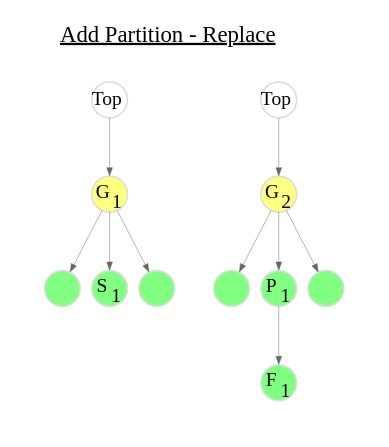
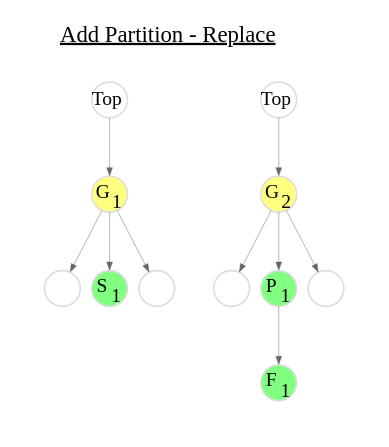
The diagram in 2_add_partition_replace.gv (flatcap/dparted), drawn with Graphviz before and after one commit. The commit also changed 4 other files, not shown here.

```diff
--- a/2_add_partition_replace.gv
+++ b/2_add_partition_replace.gv
@@ -1,64 +1,64 @@
 digraph add_partition_replace {
 	graph [
 		rankdir="TB"
 		bgcolor="white"
 		color="white"
 		nodesep="0.1"
 		ranksep="0.5"
 		labelloc="t"
 		label=<<U>Add Partition - Replace</U>>
 	];
 
 	node [
 		fontsize="12"
 		style="solid"
 		width="0.3"
 		height="0.3"
 		fixedsize="true"
 		penwidth="1.0"
 		color="#DDDDDD"
 	];
 
 	edge [
 		penwidth="0.3"
 		color="#666666"
 		arrowsize="0.5"
 	];
 
 
 	subgraph cluster1 {
 		color=transparent;
 		labelloc="t"
 		label=""
 
 		a_Top [ label=<Top>                                              ];
 		a_G1  [ label=<G<SUB>1</SUB>> style="filled" fillcolor="#ffff80" ];
-		a_X1  [ label=<>              style="filled" fillcolor="#80ff80" ];
+		a_X1  [ label=<>                                                 ];
 		a_S1  [ label=<S<SUB>1</SUB>> style="filled" fillcolor="#80ff80" ];
-		a_X2  [ label=<>              style="filled" fillcolor="#80ff80" ];
+		a_X2  [ label=<>                                                 ];
 
 		a_Top -> a_G1;
 		a_G1 -> a_X1;
 		a_G1 -> a_S1;
 		a_G1 -> a_X2;
 	}
 
 	subgraph cluster2 {
 		color=transparent;
 		labelloc="t"
 		label=""
 
 		b_Top [ label=<Top>                                              ];
 		b_G2  [ label=<G<SUB>2</SUB>> style="filled" fillcolor="#ffff80" ];
-		b_X1  [ label=<>              style="filled" fillcolor="#80ff80" ];
+		b_X1  [ label=<>                                                 ];
 		b_P1  [ label=<P<SUB>1</SUB>> style="filled" fillcolor="#80ff80" ];
 		b_F1  [ label=<F<SUB>1</SUB>> style="filled" fillcolor="#80ff80" ];
-		b_X2  [ label=<>              style="filled" fillcolor="#80ff80" ];
+		b_X2  [ label=<>                                                 ];
 
 		b_Top -> b_G2;
 		b_G2 -> b_X1;
 		b_G2 -> b_P1;
 		b_G2 -> b_X2;
 		b_P1 -> b_F1;
 	}
 }
```
